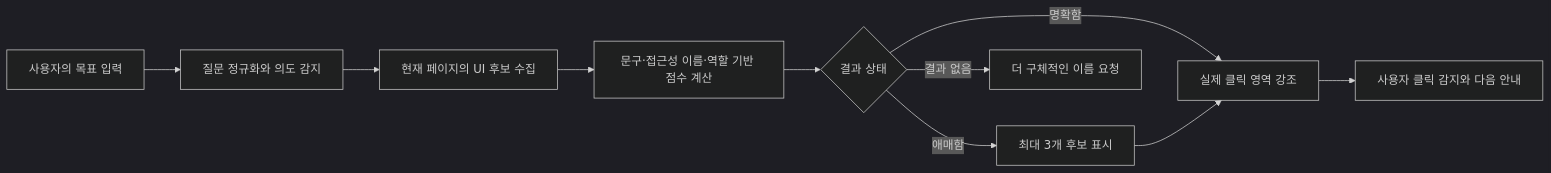
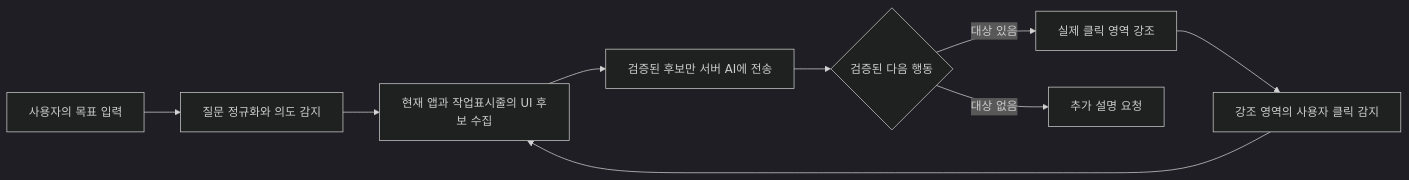
Before and after one commit to rudwndgus/ShowWhere: the diagram in README.md, drawn with Mermaid (dark theme). The commit also changed other lines of this file and 31 other files, not shown here.

````diff
--- a/README.md
+++ b/README.md
@@ -77,12 +77,11 @@
 ```mermaid
 flowchart LR
     A[사용자의 목표 입력] --> B[질문 정규화와 의도 감지]
-    B --> C[현재 페이지의 UI 후보 수집]
-    C --> D[문구·접근성 이름·역할 기반 점수 계산]
-    D --> E{결과 상태}
-    E -->|명확함| F[실제 클릭 영역 강조]
-    E -->|애매함| G[최대 3개 후보 표시]
-    E -->|결과 없음| H[더 구체적인 이름 요청]
-    G --> F
-    F --> I[사용자 클릭 감지와 다음 안내]
+    B --> C[현재 앱과 작업표시줄의 UI 후보 수집]
+    C --> D[검증된 후보만 서버 AI에 전송]
+    D --> E{검증된 다음 행동}
+    E -->|대상 있음| F[실제 클릭 영역 강조]
+    E -->|대상 없음| G[추가 설명 요청]
+    F --> H[강조 영역의 사용자 클릭 감지]
+    H --> C
 ```
````
